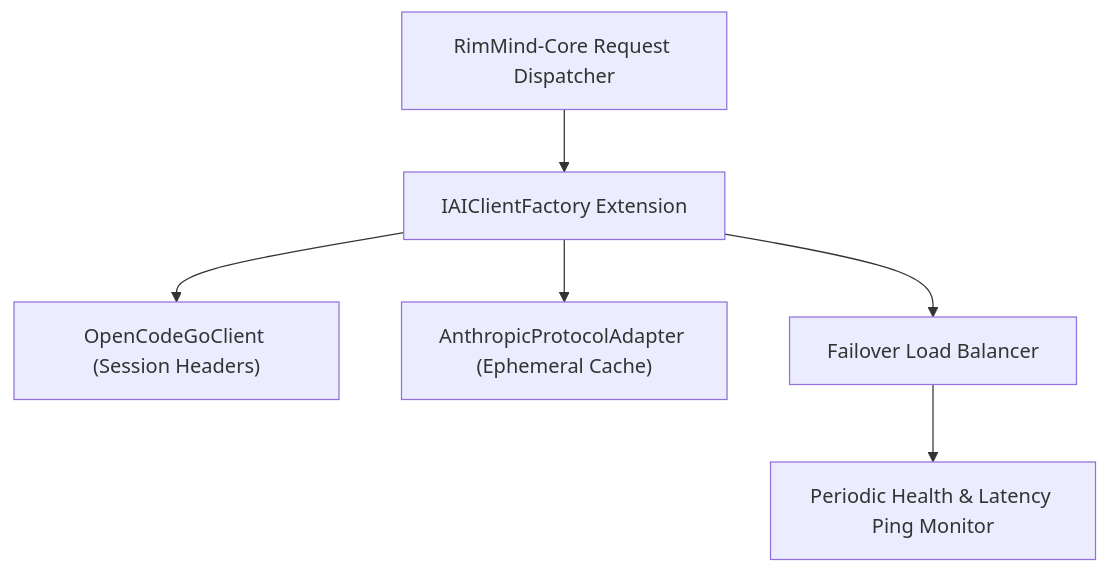
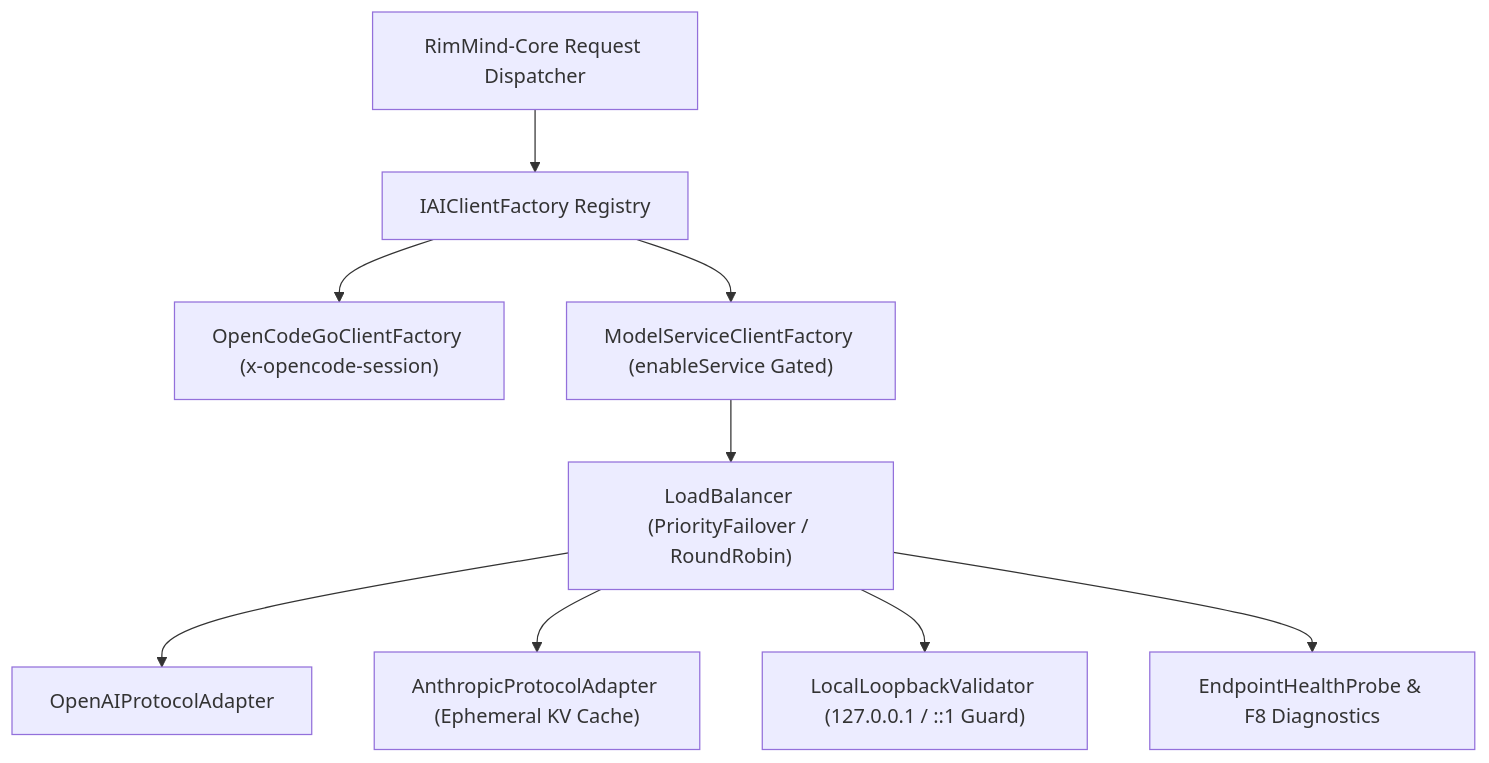
The diagram in README.md (RimWorld-RimMind-Mod/RimWorld-RimMind-Mod-Extension-ModelService), drawn with Mermaid before and after one commit. The commit also changed other lines of this file and 11 other files, not shown here.

Commit message:
fix(modelservice): synchronize endpoint list lock, health probe status, LICENSE, and docs

````diff
--- a/README.md
+++ b/README.md
@@ -41,8 +42,11 @@
 ```mermaid
 flowchart TD
-    Core["RimMind-Core Request Dispatcher"] --> Factory["IAIClientFactory Extension"]
-    Factory --> OpenCode["OpenCodeGoClient (Session Headers)"]
-    Factory --> Anthropic["AnthropicProtocolAdapter (Ephemeral Cache)"]
-    Factory --> Failover["Failover Load Balancer"]
-    Failover --> Health["Periodic Health & Latency Ping Monitor"]
+    Core["RimMind-Core Request Dispatcher"] --> Factory["IAIClientFactory Registry"]
+    Factory --> OpenCode["OpenCodeGoClientFactory (x-opencode-session)"]
+    Factory --> Extended["ModelServiceClientFactory (enableService Gated)"]
+    Extended --> Balancer["LoadBalancer (PriorityFailover / RoundRobin)"]
+    Balancer --> OpenAI["OpenAIProtocolAdapter"]
+    Balancer --> Anthropic["AnthropicProtocolAdapter (Ephemeral KV Cache)"]
+    Balancer --> Loopback["LocalLoopbackValidator (127.0.0.1 / ::1 Guard)"]
+    Balancer --> Health["EndpointHealthProbe & F8 Diagnostics"]
 ```
````
